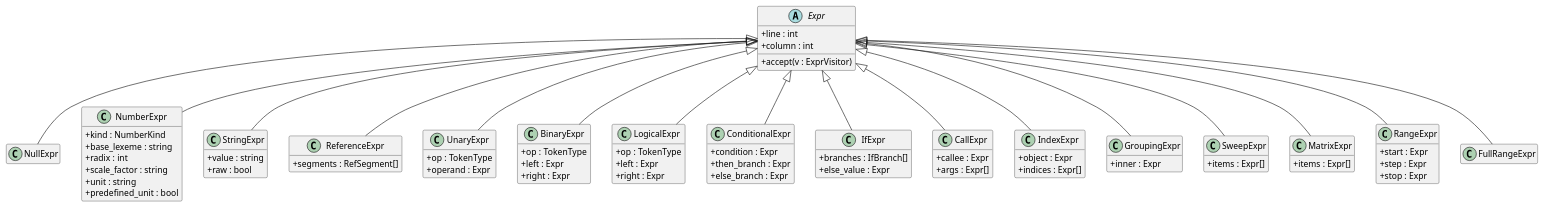
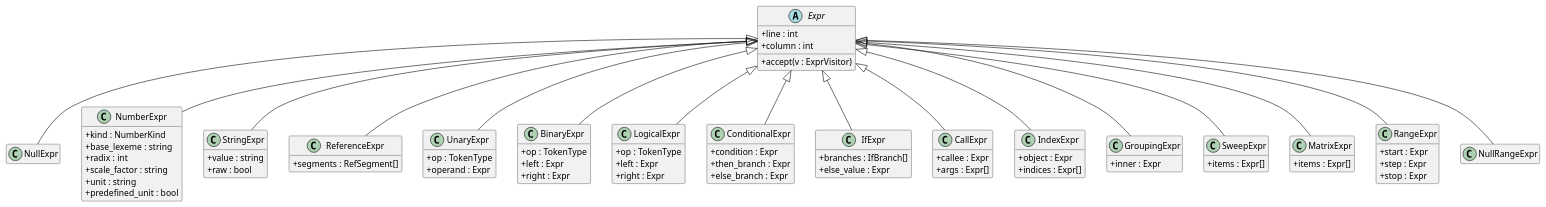
The first of 4 diagrams in REL_AST_Design.md (smile-zyk/REL), drawn with PlantUML before and after one commit. The commit also changed other lines of this file and 10 other files, not shown here.

````diff
--- a/REL_AST_Design.md
+++ b/REL_AST_Design.md
@@ -154,7 +154,7 @@
   +step : Expr
   +stop : Expr
 }
-class FullRangeExpr
+class NullRangeExpr
 
 Expr <|-- NullExpr
 Expr <|-- NumberExpr
@@ -171,6 +171,6 @@
 Expr <|-- SweepExpr
 Expr <|-- MatrixExpr
 Expr <|-- RangeExpr
-Expr <|-- FullRangeExpr
+Expr <|-- NullRangeExpr
 @enduml
 ```
````
